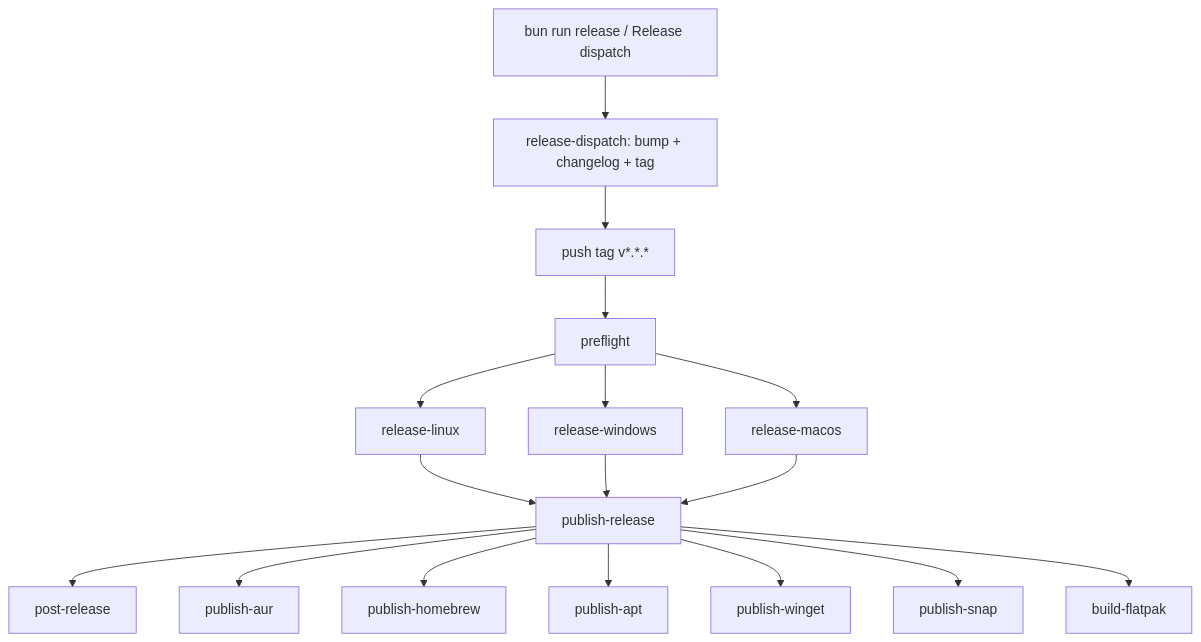
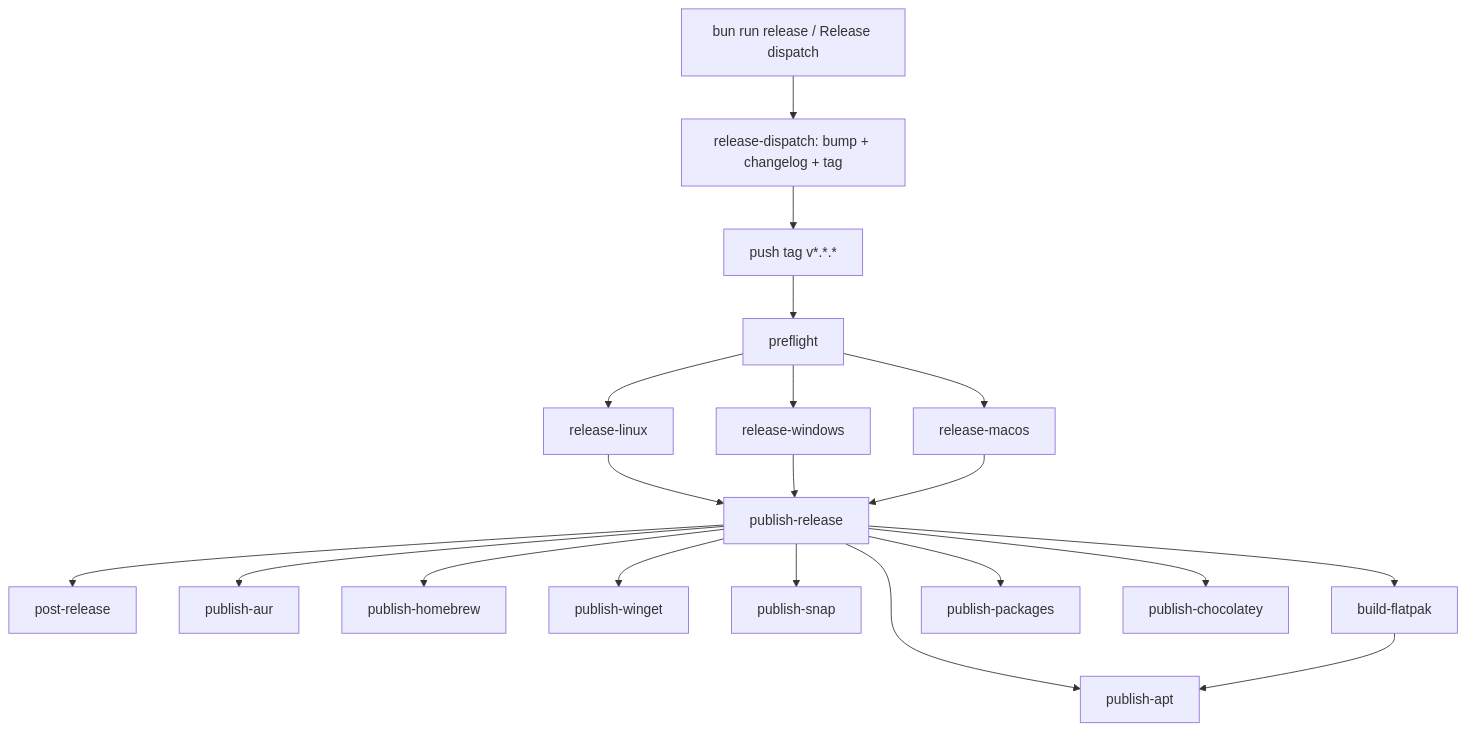
One commit to remcostoeten/dora changed the diagram in docs/distribution/release-guide.md. Above: the diagram before and after it, drawn with Mermaid. The commit also changed other lines of this file and 39 other files, not shown here.

````diff
--- a/docs/distribution/release-guide.md
+++ b/docs/distribution/release-guide.md
@@ -48,36 +48,41 @@
 ```mermaid
 flowchart TD
   dispatch["bun run release / Release dispatch"]
   prepare[release-dispatch: bump + changelog + tag]
   tag["push tag v*.*.*"]
   preflight[preflight]
   linux[release-linux]
   windows[release-windows]
   macos[release-macos]
   publish[publish-release]
   post[post-release]
   aur[publish-aur]
   brew[publish-homebrew]
   apt[publish-apt]
   winget[publish-winget]
   snap[publish-snap]
   flatpak[build-flatpak]
+  packages[publish-packages]
+  choco[publish-chocolatey]
 
   dispatch --> prepare --> tag
   tag --> preflight
   preflight --> linux
   preflight --> windows
   preflight --> macos
 
   linux --> publish
   windows --> publish
   macos --> publish
 
   publish --> post
   publish --> aur
   publish --> brew
   publish --> apt
   publish --> winget
   publish --> snap
   publish --> flatpak
+  flatpak --> apt
+  publish --> packages
+  publish --> choco
 ```
````
